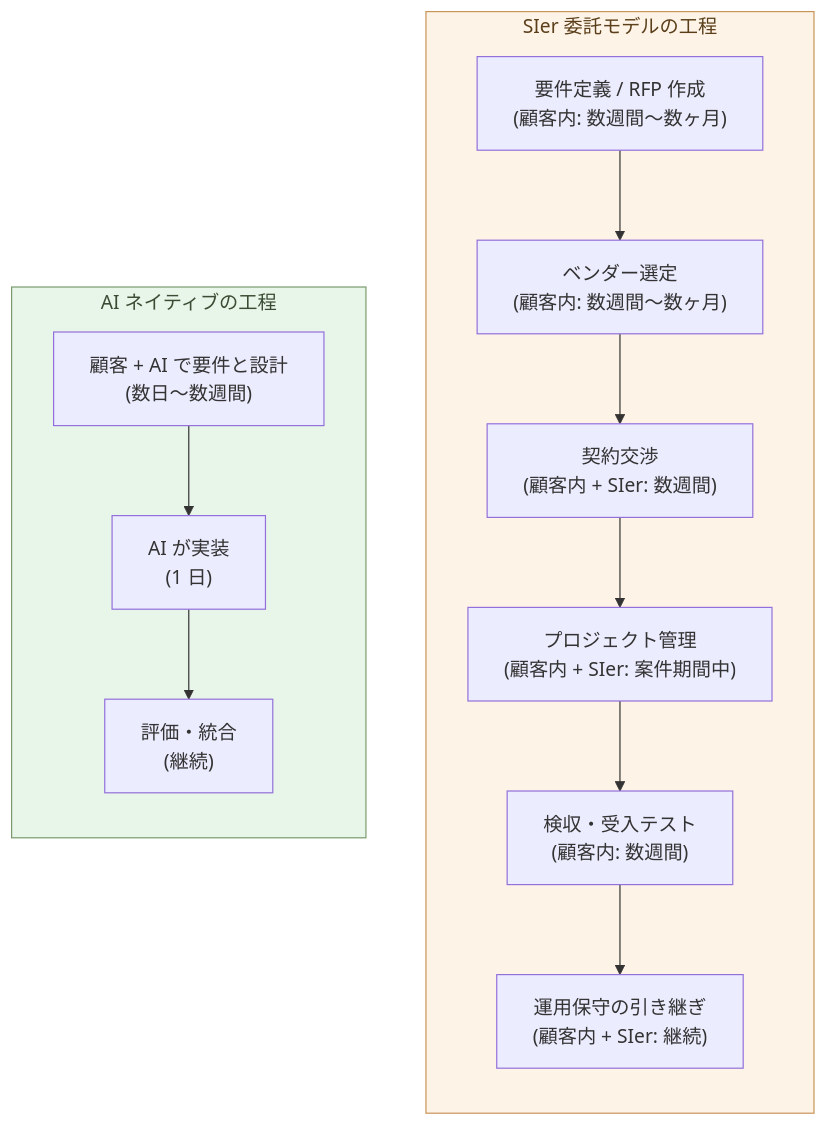
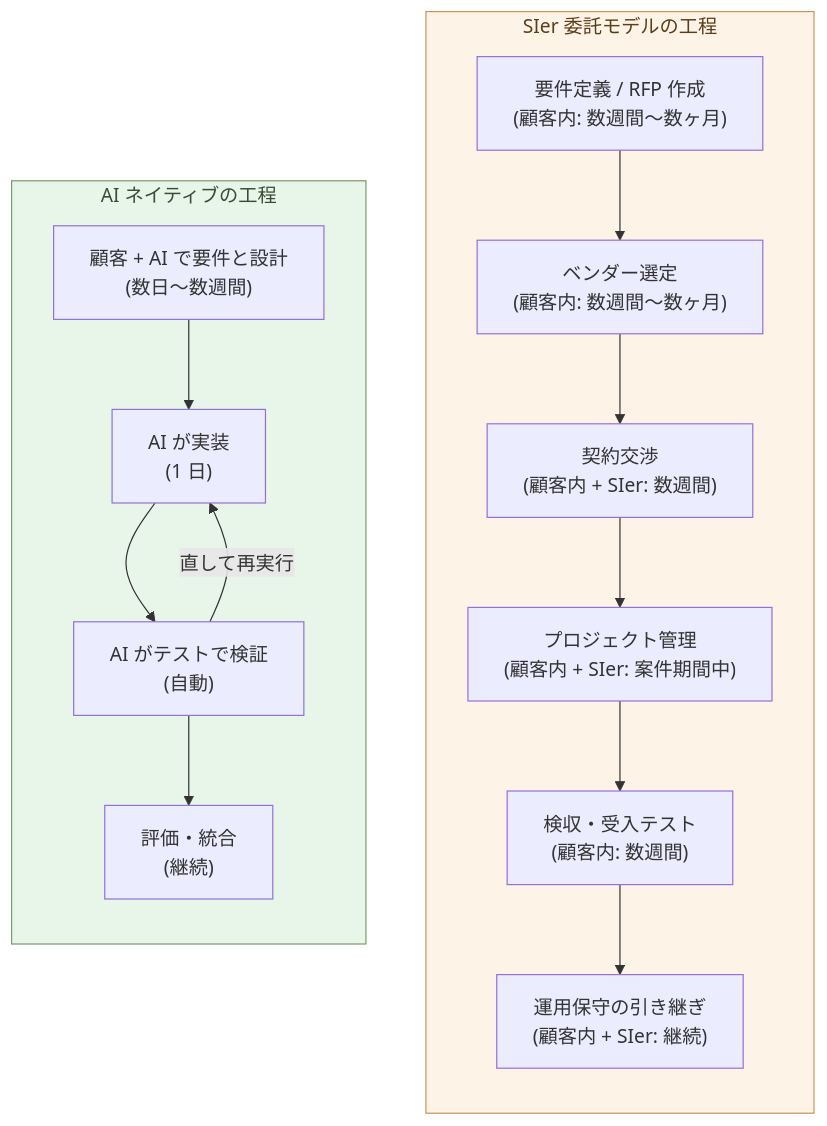
Before and after one commit to aiseed-dev/website: the diagram in articles/ai-native-ways/software/18-sier-uneconomic/ja.md, drawn with Mermaid. The commit also changed 1 other file, not shown here.

Commit message:
software 3-03: add the test/verify step to the AI-native flow
Insert "AI verifies with tests (automated)" between implement and
evaluate, with a fix-and-re-run edge back to implement — showing the
verifier loop that is central to the series. Parallel ja/en.

Claude-Session: https://claude.ai/code/session_01JWSjUtp9JogXnFvcXErbX3

````diff
--- a/articles/ai-native-ways/software/18-sier-uneconomic/ja.md
+++ b/articles/ai-native-ways/software/18-sier-uneconomic/ja.md
@@ -69,26 +69,28 @@
 ```mermaid
 flowchart TB
   subgraph Sier["SIer 委託モデルの工程"]
     direction TB
     S1["要件定義 / RFP 作成<br/>(顧客内: 数週間〜数ヶ月)"]
     S2["ベンダー選定<br/>(顧客内: 数週間〜数ヶ月)"]
     S3["契約交渉<br/>(顧客内 + SIer: 数週間)"]
     S4["プロジェクト管理<br/>(顧客内 + SIer: 案件期間中)"]
     S5["検収・受入テスト<br/>(顧客内: 数週間)"]
     S6["運用保守の引き継ぎ<br/>(顧客内 + SIer: 継続)"]
     S1 --> S2 --> S3 --> S4 --> S5 --> S6
   end
 
   subgraph AI["AI ネイティブの工程"]
     direction TB
     A1["顧客 + AI で要件と設計<br/>(数日〜数週間)"]
     A2["AI が実装<br/>(1 日)"]
-    A3["評価・統合<br/>(継続)"]
-    A1 --> A2 --> A3
+    A3["AI がテストで検証<br/>(自動)"]
+    A4["評価・統合<br/>(継続)"]
+    A1 --> A2 --> A3 --> A4
+    A3 -->|直して再実行| A2
   end
 
   classDef good fill:#e8f5e9,stroke:#7a9a6d,color:#3a4d34
   classDef bad fill:#fef3e7,stroke:#c89559,color:#5a3f1a
   class AI good
   class Sier bad
 ```
````
